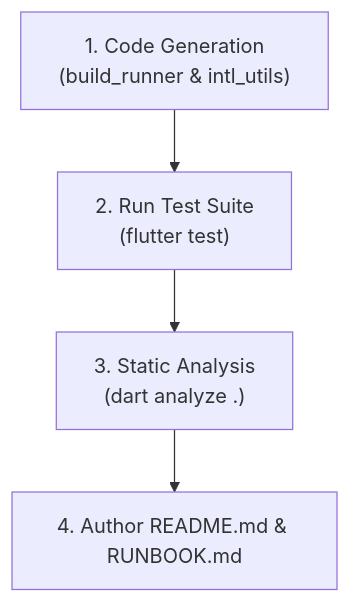
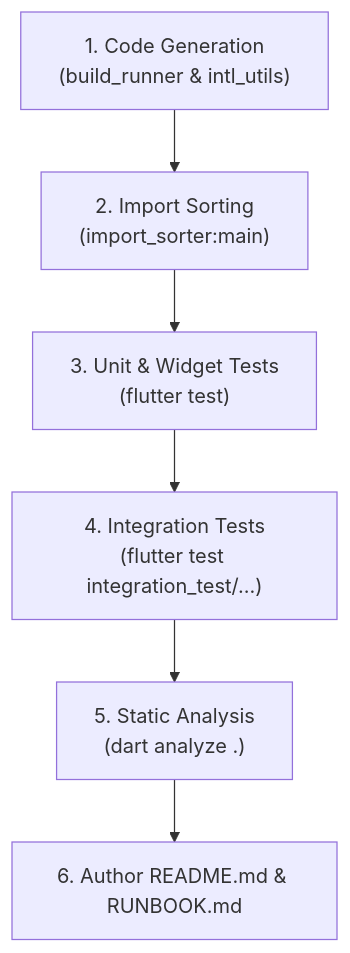
Before and after one commit to Vurarddo/flutter_template: the diagram in .agents/skills/bootstrap/bootstrap-verification-docs/SKILL.md, drawn with Mermaid. The commit also changed other lines of this file and 57 other files, not shown here.

Commit message:
feat: enhance bootstrap, native flavors, import sorter, BLoC rules, and VS Code configs

````diff
--- a/.agents/skills/bootstrap/bootstrap-verification-docs/SKILL.md
+++ b/.agents/skills/bootstrap/bootstrap-verification-docs/SKILL.md
@@ -30,6 +30,8 @@
 ```mermaid
 graph TD
-    CodeGen["1. Code Generation<br/>(build_runner & intl_utils)"] --> Test["2. Run Test Suite<br/>(flutter test)"]
-    Test --> Analyze["3. Static Analysis<br/>(dart analyze .)"]
-    Analyze --> Docs["4. Author README.md & RUNBOOK.md"]
+    CodeGen["1. Code Generation<br/>(build_runner & intl_utils)"] --> Sorter["2. Import Sorting<br/>(import_sorter:main)"]
+    Sorter --> Test["3. Unit & Widget Tests<br/>(flutter test)"]
+    Test --> IntegrationTest["4. Integration Tests<br/>(flutter test integration_test/...)"]
+    IntegrationTest --> Analyze["5. Static Analysis<br/>(dart analyze .)"]
+    Analyze --> Docs["6. Author README.md & RUNBOOK.md"]
 ```
````
